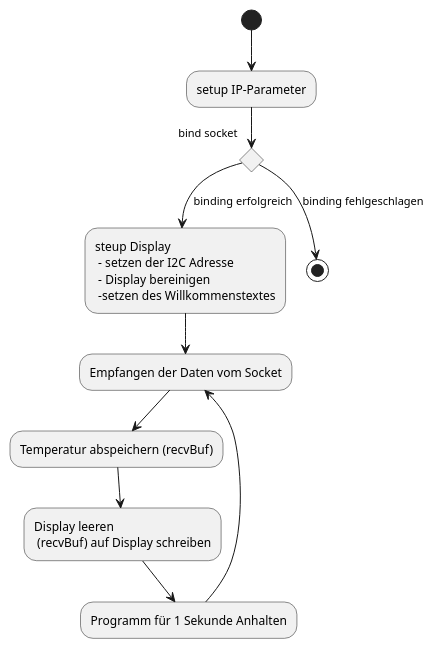
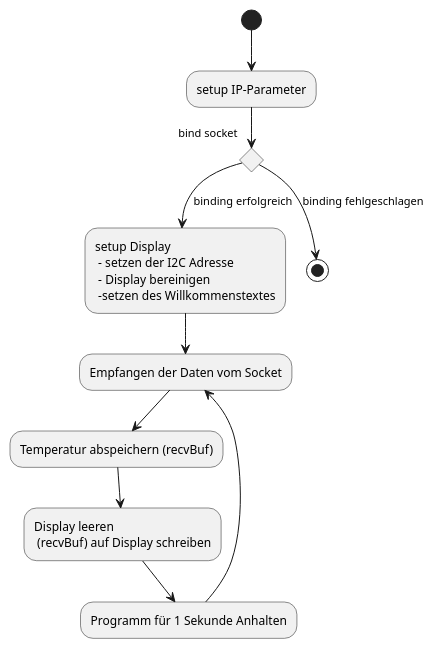
Before and after one commit to duha887b/Kommunikation_RPi: the diagram in UML/Fl_recv.puml, drawn with PlantUML. The commit also changed 3 other files, not shown here.

```diff
--- a/UML/Fl_recv.puml
+++ b/UML/Fl_recv.puml
@@ -1,14 +1,14 @@
 @startuml
 'https://plantuml.com/sequence-diagram
 (*)-->setup IP-Parameter
 if "bind socket" then
--->[binding erfolgreich] steup Display\n - setzen der I2C Adresse \n - Display bereinigen \n -setzen des Willkommenstextes
+-->[binding erfolgreich] setup Display\n - setzen der I2C Adresse \n - Display bereinigen \n -setzen des Willkommenstextes
 -->Empfangen der Daten vom Socket
 --> Temperatur abspeichern (recvBuf)
 --> Display leeren \n (recvBuf) auf Display schreiben
 --> Programm für 1 Sekunde Anhalten
 -->Empfangen der Daten vom Socket
 
 else
 -->[binding fehlgeschlagen](*)
 @enduml
```
